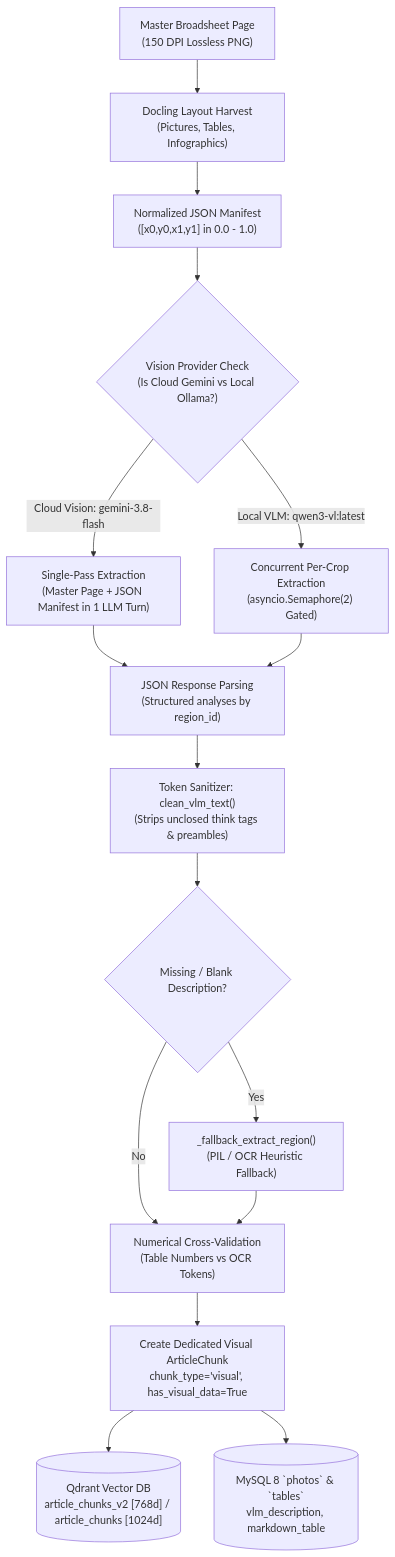
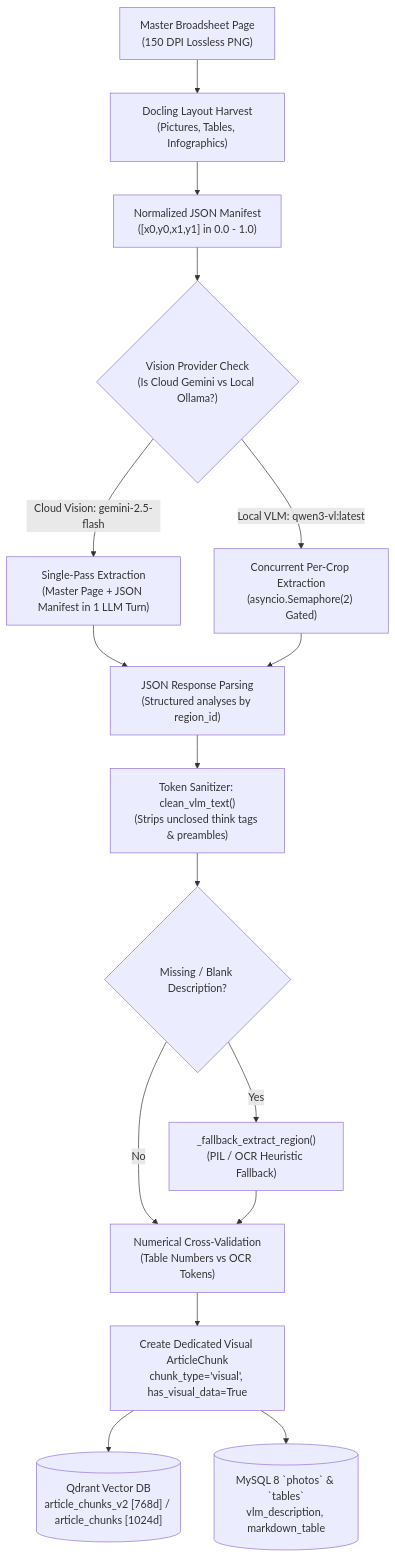
One commit to piyushgoel2808/NewsLens-AI changed the second of 9 diagrams in docs/data_flow_architecture.md. Above: the diagram before and after it, drawn with Mermaid. The commit also changed other lines of this file and 9 other files, not shown here.

````diff
--- a/docs/data_flow_architecture.md
+++ b/docs/data_flow_architecture.md
@@ -197,24 +197,24 @@
 ```mermaid
 flowchart TD
     MasterPage["Master Broadsheet Page<br/>(150 DPI Lossless PNG)"] --> Harvest["Docling Layout Harvest<br/>(Pictures, Tables, Infographics)"]
     Harvest --> Manifest["Normalized JSON Manifest<br/>([x0,y0,x1,y1] in 0.0 - 1.0)"]
 
     Manifest --> EngineRouter{"Vision Provider Check<br/>(Is Cloud Gemini vs Local Ollama?)"}
 
-    EngineRouter -->|Cloud Vision: gemini-3.8-flash| SinglePass["Single-Pass Extraction<br/>(Master Page + JSON Manifest in 1 LLM Turn)"]
+    EngineRouter -->|Cloud Vision: gemini-2.5-flash| SinglePass["Single-Pass Extraction<br/>(Master Page + JSON Manifest in 1 LLM Turn)"]
     EngineRouter -->|Local VLM: qwen3-vl:latest| ConcurrentCrops["Concurrent Per-Crop Extraction<br/>(asyncio.Semaphore(2) Gated)"]
 
     SinglePass --> ParseResponse["JSON Response Parsing<br/>(Structured analyses by region_id)"]
     ConcurrentCrops --> ParseResponse
 
     ParseResponse --> CleanText["Token Sanitizer: clean_vlm_text()<br/>(Strips unclosed think tags & preambles)"]
     CleanText --> FallbackCheck{"Missing / Blank Description?"}
     
     FallbackCheck -->|Yes| DeterministicFallback["_fallback_extract_region()<br/>(PIL / OCR Heuristic Fallback)"]
     FallbackCheck -->|No| CrossValidate["Numerical Cross-Validation<br/>(Table Numbers vs OCR Tokens)"]
     DeterministicFallback --> CrossValidate
 
     CrossValidate --> VisualChunk["Create Dedicated Visual ArticleChunk<br/>chunk_type='visual', has_visual_data=True"]
     VisualChunk --> QdrantIndex[("Qdrant Vector DB<br/>article_chunks_v2 [768d] / article_chunks [1024d]")]
     VisualChunk --> MySQLIndex[("MySQL 8 `photos` & `tables`<br/>vlm_description, markdown_table")]
 ```
````
